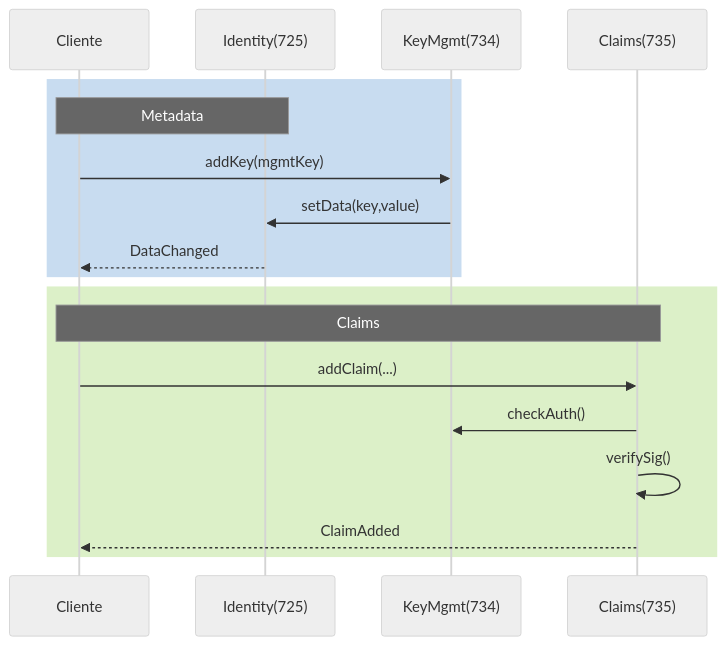
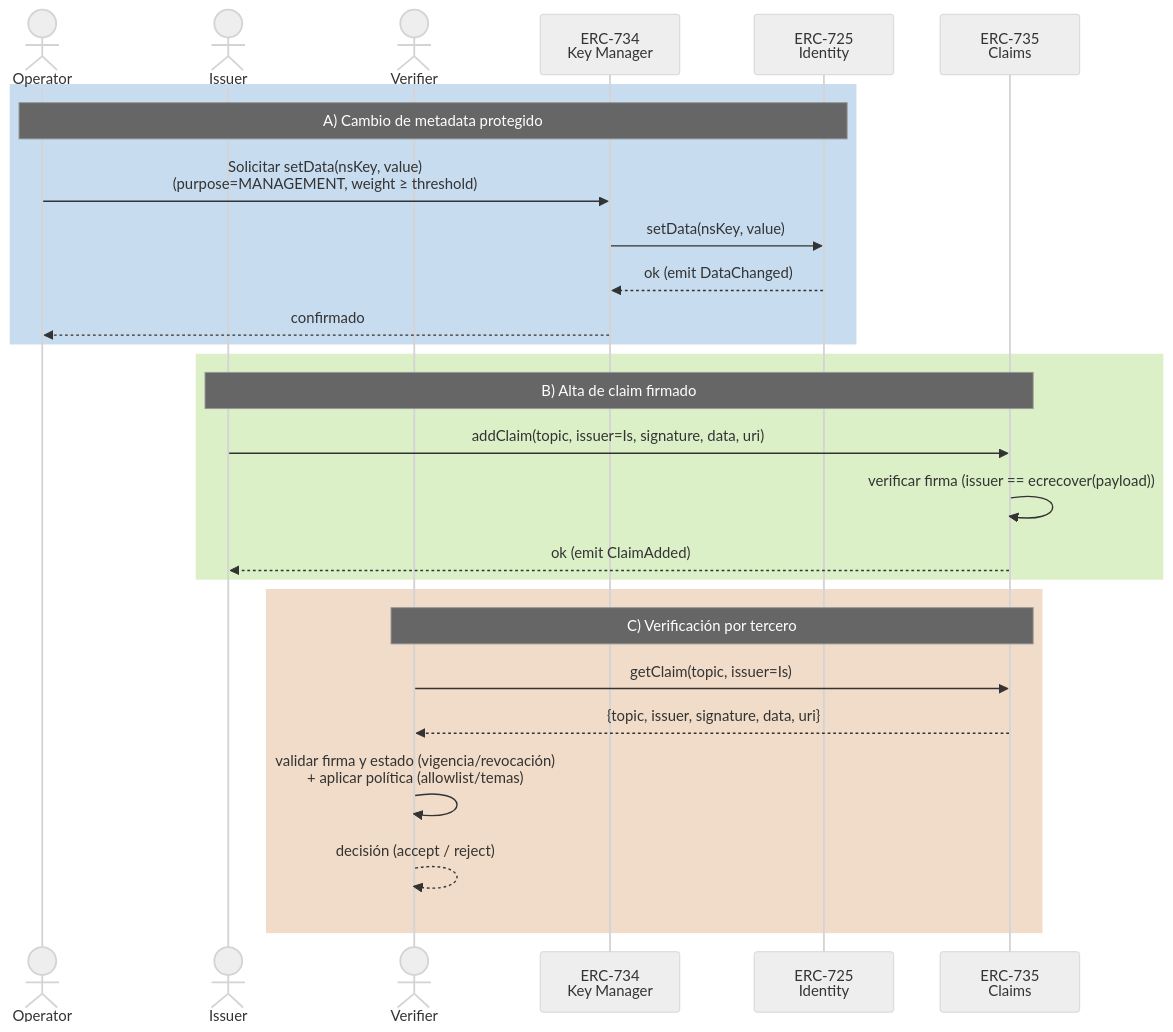
Before and after one commit to red-isbe/isbe-contracts: the second of 6 diagrams in docs/erc-3643/01_patron_identidad_smartcontract.md, drawn with Mermaid (neutral theme). The commit also changed other lines of this file and 1 other file, not shown here.

Commit message:
mejorar diagramas

````diff
--- a/docs/erc-3643/01_patron_identidad_smartcontract.md
+++ b/docs/erc-3643/01_patron_identidad_smartcontract.md
@@ -62,24 +46,32 @@
 ```mermaid
 sequenceDiagram
-    participant C as Cliente
-    participant I as Identity(725)
-    participant K as KeyMgmt(734)
-    participant CL as Claims(735)
+    actor Op as Operator
+    actor Is as Issuer
+    actor Vf as Verifier
+    participant KM as ERC-734<br/>Key Manager
+    participant ID as ERC-725<br/>Identity
+    participant CL as ERC-735<br/>Claims
 
-    %% Metadata
     rect rgb(200, 220, 240)
-        Note over C,I: Metadata
-        C->>K: addKey(mgmtKey)
-        K->>I: setData(key,value)
-        I-->>C: DataChanged
+        Note over Op,ID: A) Cambio de metadata protegido
+        Op->>KM: Solicitar setData(nsKey, value)<br/>(purpose=MANAGEMENT, weight ≥ threshold)
+        KM->>ID: setData(nsKey, value)
+        ID-->>KM: ok (emit DataChanged)
+        KM-->>Op: confirmado
     end
 
-    %% Claims
     rect rgb(220, 240, 200)
-        Note over C,CL: Claims
-        C->>CL: addClaim(...)
-        CL->>K: checkAuth()
-        CL->>CL: verifySig()
-        CL-->>C: ClaimAdded
+        Note over Is,CL: B) Alta de claim firmado
+        Is->>CL: addClaim(topic, issuer=Is, signature, data, uri)
+        CL->>CL: verificar firma (issuer == ecrecover(payload))
+        CL-->>Is: ok (emit ClaimAdded)
+    end
+
+    rect rgb(240, 220, 200)
+        Note over Vf,CL: C) Verificación por tercero
+        Vf->>CL: getClaim(topic, issuer=Is)
+        CL-->>Vf: {topic, issuer, signature, data, uri}
+        Vf->>Vf: validar firma y estado (vigencia/revocación)<br/>+ aplicar política (allowlist/temas)
+        Vf-->>Vf: decisión (accept / reject)
     end
 ```
````
